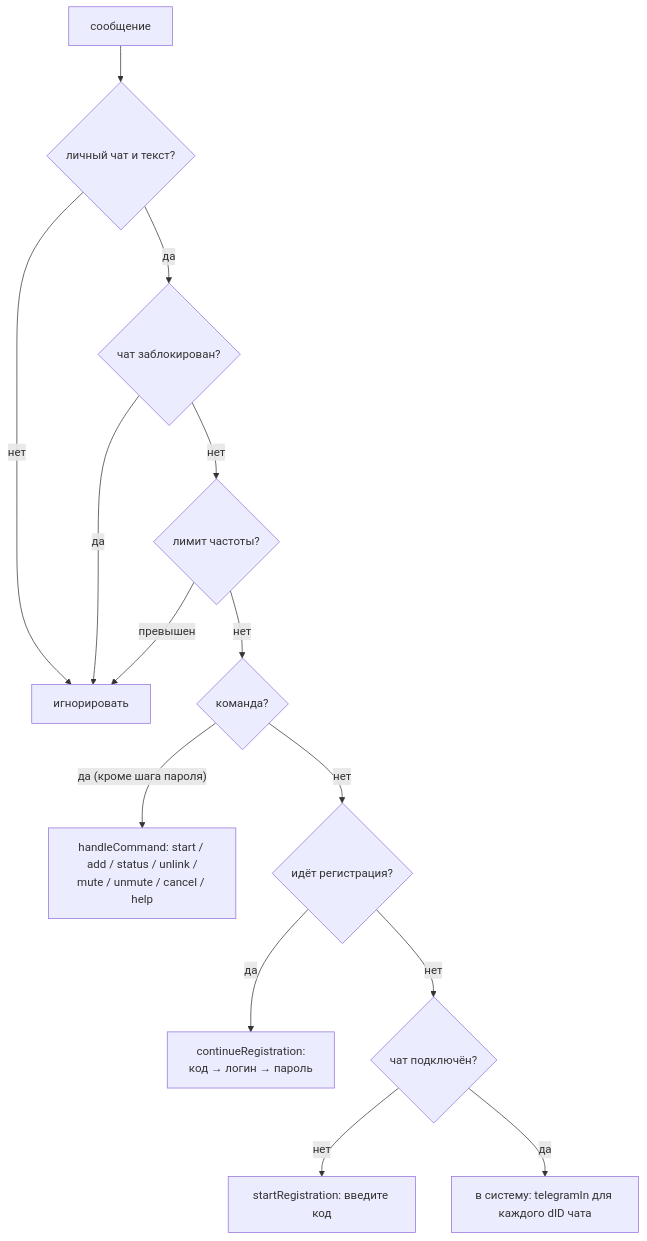
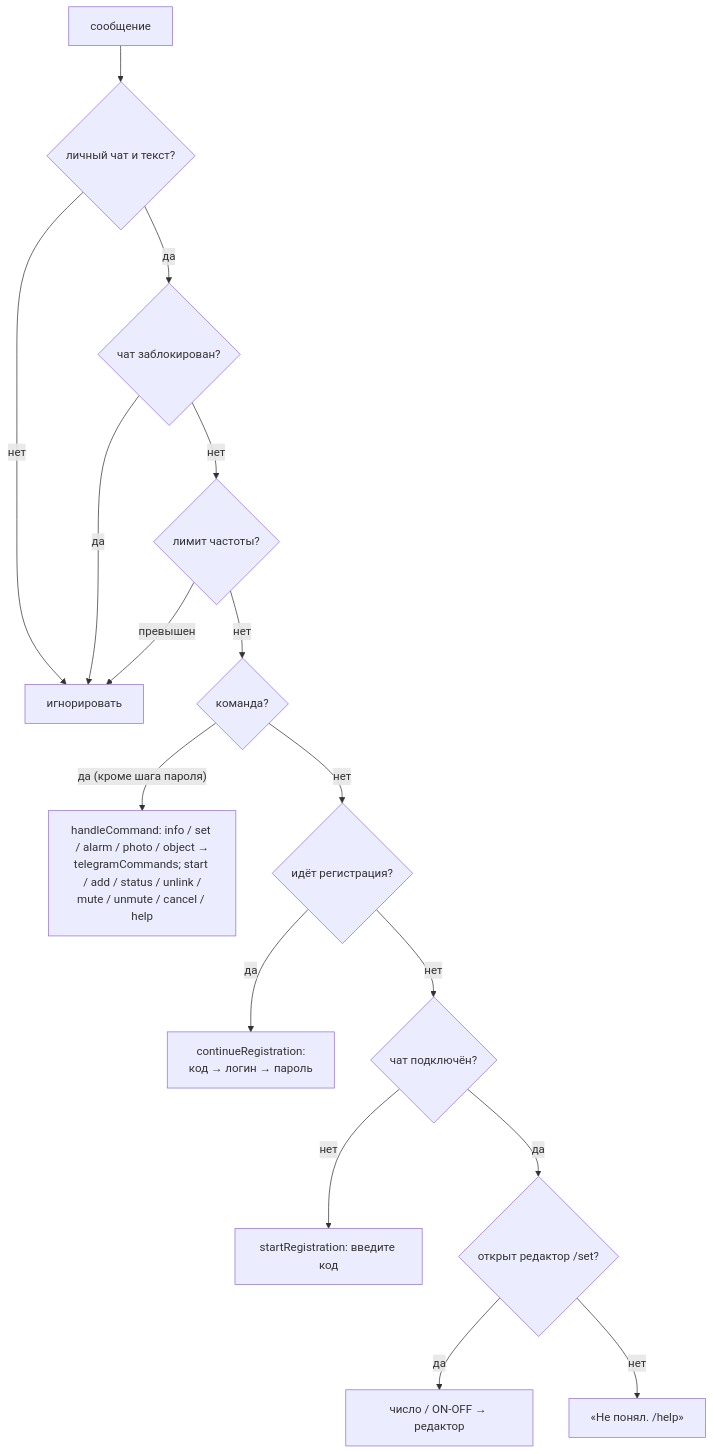
One commit to angeynik/server-myhome changed the third of 4 diagrams in docs/telegram.md. Above: the diagram before and after it, drawn with Mermaid. The commit also changed other lines of this file and 18 other files, not shown here.

First line of the commit message:
Telegram-бот: команды /info, /set, /alarm, /photo, /object; единый механизм команд

````diff
--- a/docs/telegram.md
+++ b/docs/telegram.md
@@ -217,16 +277,18 @@
 ```mermaid
 flowchart TD
   A["сообщение"] --> P{"личный чат и текст?"}
   P -- нет --> X["игнорировать"]
   P -- да --> B{"чат заблокирован?"}
   B -- да --> X
   B -- нет --> R{"лимит частоты?"}
   R -- превышен --> X
   R -- нет --> C{"команда?"}
-  C -- "да (кроме шага пароля)" --> CMD["handleCommand: start / add / status / unlink /<br/>mute / unmute / cancel / help"]
+  C -- "да (кроме шага пароля)" --> CMD["handleCommand: info / set / alarm / photo / object →<br/>telegramCommands; start / add / status / unlink /<br/>mute / unmute / cancel / help"]
   C -- нет --> D{"идёт регистрация?"}
   D -- да --> REG["continueRegistration:<br/>код → логин → пароль"]
   D -- нет --> L{"чат подключён?"}
   L -- нет --> START["startRegistration: введите код"]
-  L -- да --> FWD["в систему: telegramIn для каждого dID чата"]
+  L -- да --> SETIN{"открыт редактор /set?"}
+  SETIN -- да --> VAL["число / ON-OFF → редактор"]
+  SETIN -- нет --> HINT["«Не понял. /help»"]
 ```
````
